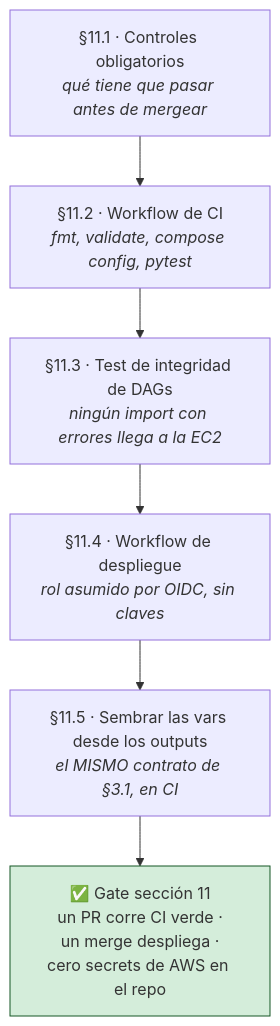
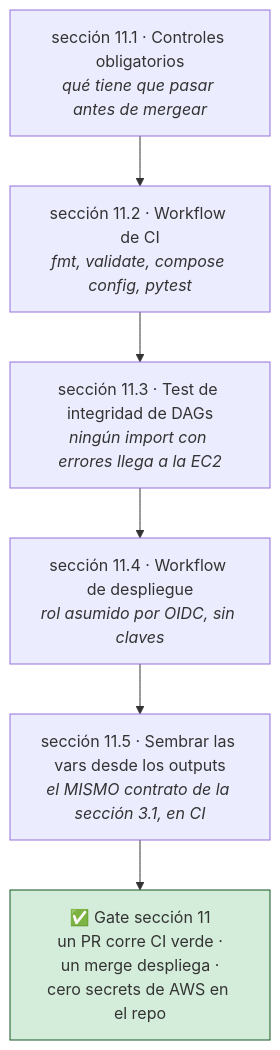
Before and after one commit to abantodca/pyspark_stack: the seventh of 10 diagrams in docs/02-produccion-aws-terraform.md, drawn with Mermaid. The commit also changed other lines of this file and 1 other file, not shown here.

````diff
--- a/docs/02-produccion-aws-terraform.md
+++ b/docs/02-produccion-aws-terraform.md
@@ -5739,13 +5736,13 @@
 ```mermaid
 flowchart TD
-    C0["§11.1 · Controles obligatorios<br/><i>qué tiene que pasar antes de mergear</i>"]
-    C1["§11.2 · Workflow de CI<br/><i>fmt, validate, compose config, pytest</i>"]
-    C2["§11.3 · Test de integridad de DAGs<br/><i>ningún import con errores llega a la EC2</i>"]
-    C3["§11.4 · Workflow de despliegue<br/><i>rol asumido por OIDC, sin claves</i>"]
-    C4["§11.5 · Sembrar las vars desde los outputs<br/><i>el MISMO contrato de §3.1, en CI</i>"]
+    C0["sección 11.1 · Controles obligatorios<br/><i>qué tiene que pasar antes de mergear</i>"]
+    C1["sección 11.2 · Workflow de CI<br/><i>fmt, validate, compose config, pytest</i>"]
+    C2["sección 11.3 · Test de integridad de DAGs<br/><i>ningún import con errores llega a la EC2</i>"]
+    C3["sección 11.4 · Workflow de despliegue<br/><i>rol asumido por OIDC, sin claves</i>"]
+    C4["sección 11.5 · Sembrar las vars desde los outputs<br/><i>el MISMO contrato de la sección 3.1, en CI</i>"]
     GATE["✅ Gate sección 11<br/>un PR corre CI verde ·<br/>un merge despliega ·<br/>cero secrets de AWS en el repo"]
 
     C0 --> C1 --> C2 --> C3 --> C4 --> GATE
 
     style GATE fill:#d4edda,stroke:#155724
 ```
````
